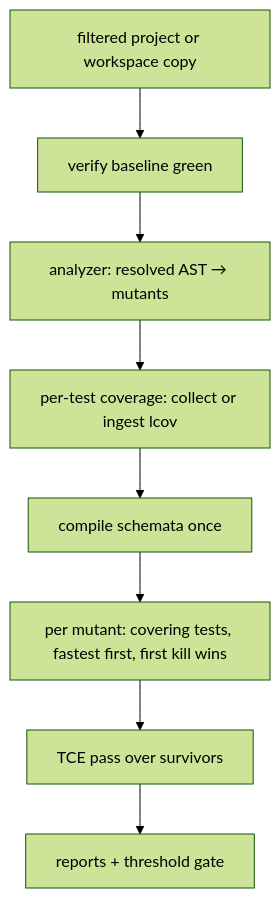
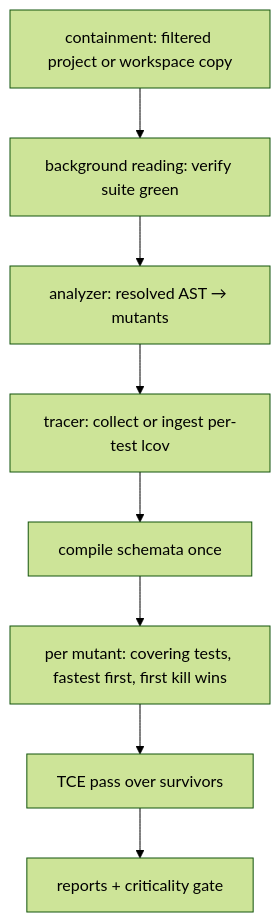
The diagram in docs/decisions/index.md (memento-engineering/butcher), drawn with Mermaid (forest theme) before and after one commit. The commit also changed other lines of this file and 1 other file, not shown here.

````diff
--- a/docs/decisions/index.md
+++ b/docs/decisions/index.md
@@ -9,10 +9,10 @@
 ```mermaid
 flowchart TD
-    A[filtered project or workspace copy] --> B[verify baseline green]
+    A[containment: filtered project or workspace copy] --> B[background reading: verify suite green]
     B --> C[analyzer: resolved AST → mutants]
-    C --> D[per-test coverage: collect or ingest lcov]
+    C --> D[tracer: collect or ingest per-test lcov]
     D --> E[compile schemata once]
     E --> F[per mutant: covering tests, fastest first, first kill wins]
     F --> G[TCE pass over survivors]
-    G --> H[reports + threshold gate]
+    G --> H[reports + criticality gate]
 ```
````
